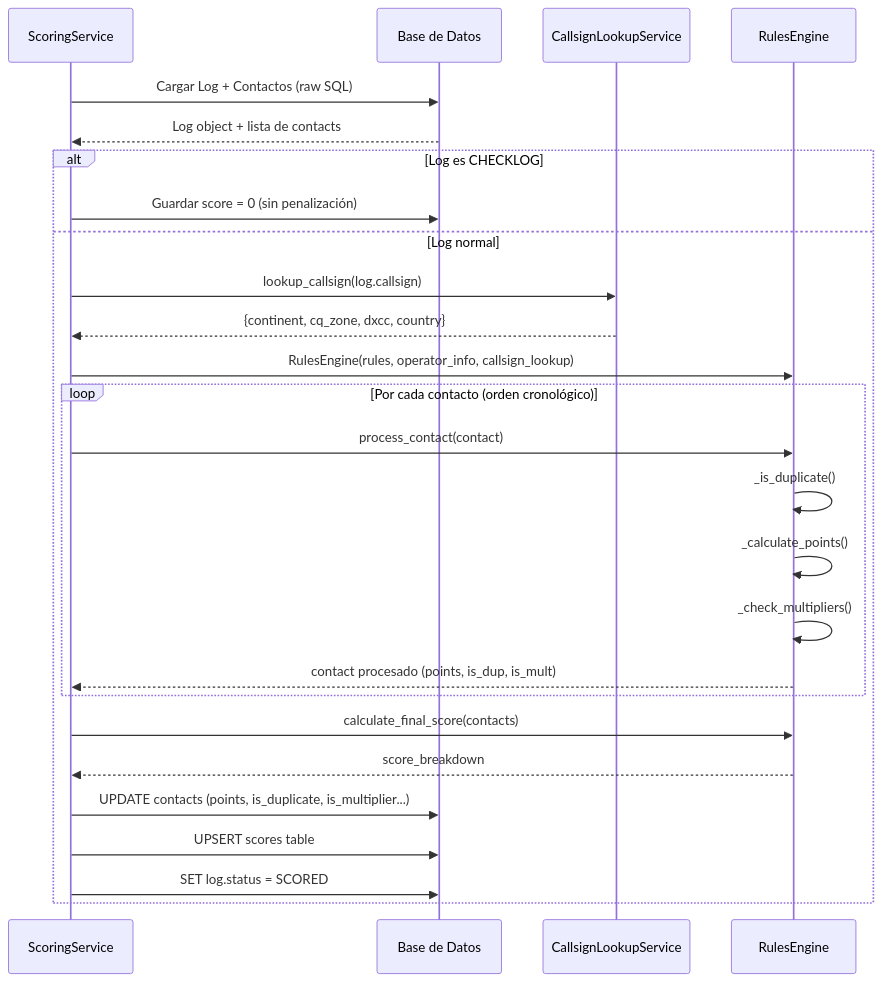
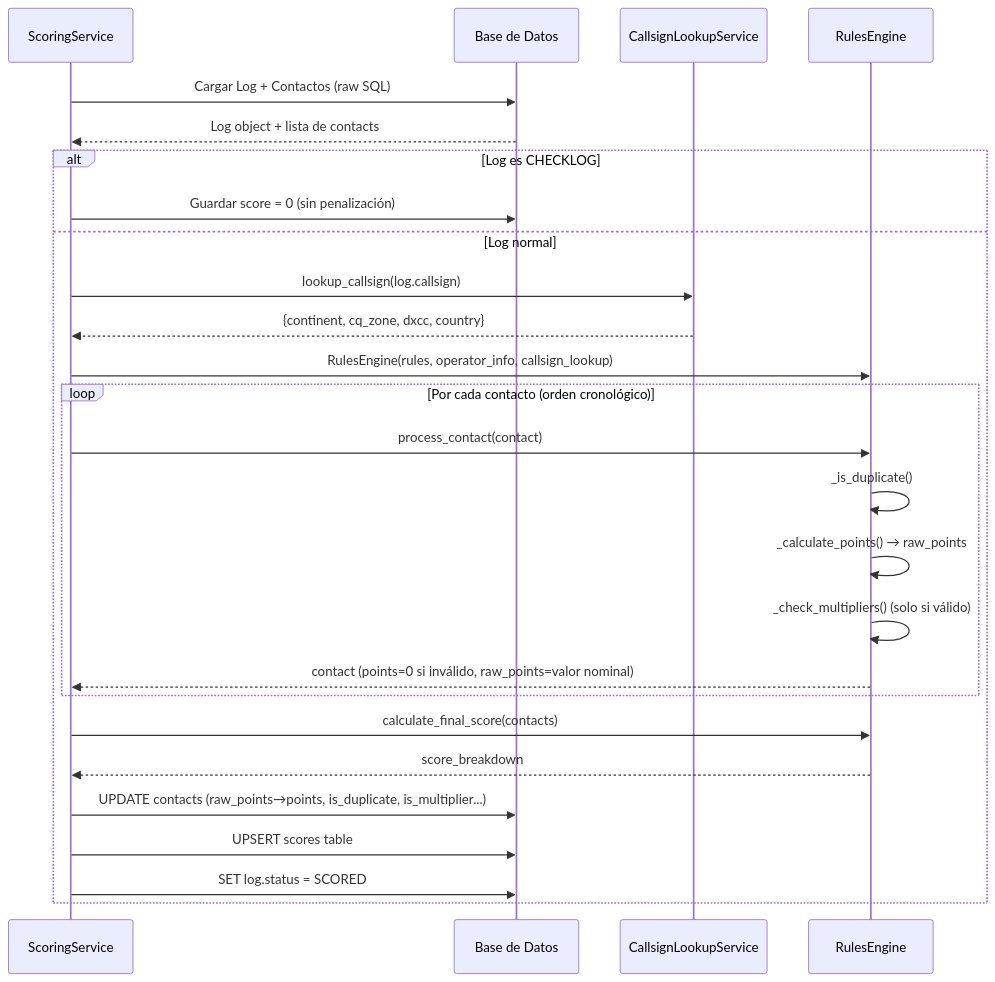
The third of 5 diagrams in docs/PROCESO_DE_SCORING.md (ddimunzio/SA10), drawn with Mermaid before and after one commit. The commit also changed other lines of this file and 17 other files, not shown here.

````diff
--- a/docs/PROCESO_DE_SCORING.md
+++ b/docs/PROCESO_DE_SCORING.md
@@ -352,35 +371,35 @@
 ```mermaid
 %%{init: {'theme': 'default', 'themeVariables': {'fontSize': '18px'}}}%%
 sequenceDiagram
     participant SS as ScoringService
     participant DB as Base de Datos
     participant CLS as CallsignLookupService
     participant RE as RulesEngine
 
     SS->>DB: Cargar Log + Contactos (raw SQL)
     DB-->>SS: Log object + lista de contacts
 
     alt Log es CHECKLOG
         SS->>DB: Guardar score = 0 (sin penalización)
     else Log normal
         SS->>CLS: lookup_callsign(log.callsign)
         CLS-->>SS: {continent, cq_zone, dxcc, country}
 
         SS->>RE: RulesEngine(rules, operator_info, callsign_lookup)
 
         loop Por cada contacto (orden cronológico)
             SS->>RE: process_contact(contact)
             RE->>RE: _is_duplicate()
-            RE->>RE: _calculate_points()
-            RE->>RE: _check_multipliers()
-            RE-->>SS: contact procesado (points, is_dup, is_mult)
+            RE->>RE: _calculate_points() → raw_points
+            RE->>RE: _check_multipliers() (solo si válido)
+            RE-->>SS: contact (points=0 si inválido, raw_points=valor nominal)
         end
 
         SS->>RE: calculate_final_score(contacts)
         RE-->>SS: score_breakdown
 
-        SS->>DB: UPDATE contacts (points, is_duplicate, is_multiplier...)
+        SS->>DB: UPDATE contacts (raw_points→points, is_duplicate, is_multiplier...)
         SS->>DB: UPSERT scores table
         SS->>DB: SET log.status = SCORED
     end
 ```
````
